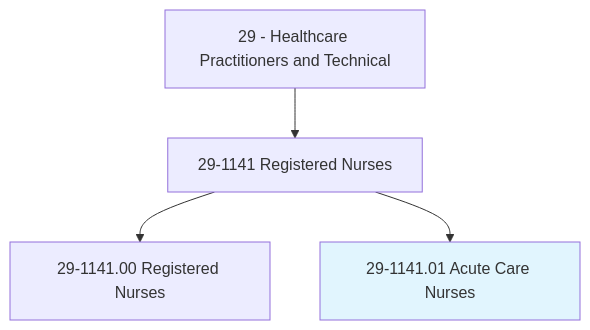
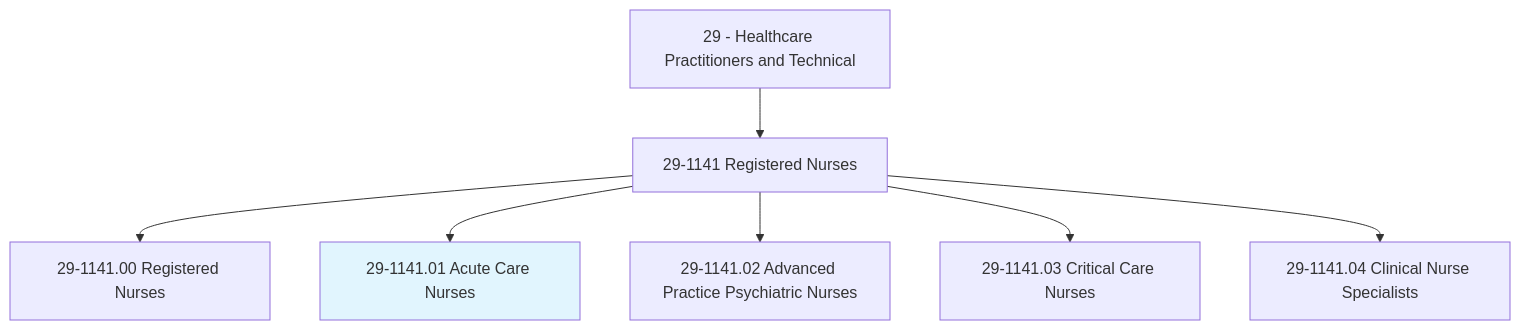
Before and after one commit to kziemski/business.org.ai: the first of 4 diagrams in occupations/HealthcarePractitioners/AcuteCareNurses.mdx, drawn with Mermaid. The commit also changed other lines of this file and 938 other files, not shown here.

````diff
--- a/occupations/HealthcarePractitioners/AcuteCareNurses.mdx
+++ b/occupations/HealthcarePractitioners/AcuteCareNurses.mdx
@@ -19,7 +23,10 @@
 ```mermaid
 graph TD
     Cat29["29 - Healthcare Practitioners and Technical"] --> Group291141["29-1141 Registered Nurses"]
     Group291141 --> Base["29-1141.00 Registered Nurses"]
     Group291141 --> Current["29-1141.01 Acute Care Nurses"]
     style Current fill:#e1f5fe
+    Group291141 --> V02["29-1141.02 Advanced Practice Psychiatric Nurses"]
+    Group291141 --> V03["29-1141.03 Critical Care Nurses"]
+    Group291141 --> V04["29-1141.04 Clinical Nurse Specialists"]
 ```
````
